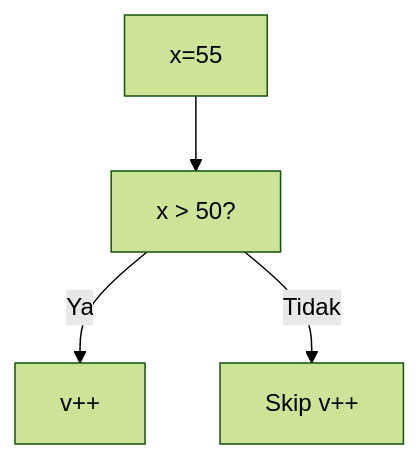
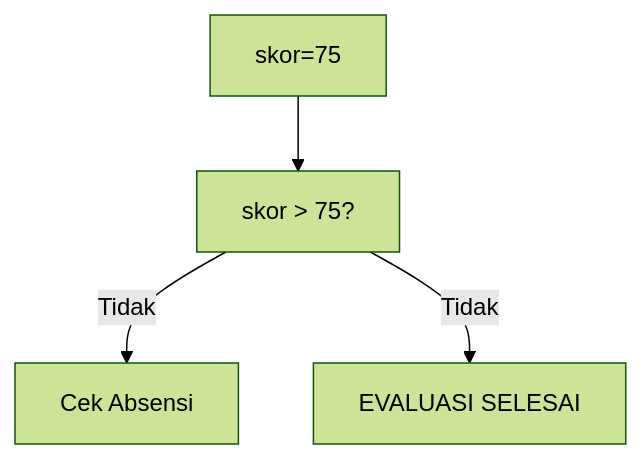
Diagram 15 of 25 in part-c-pemahaman-cpp/02-percabangan/latihan/set-10.md (amnahwaida/OSNK_INF_PREP), drawn with Mermaid (forest theme) before and after one commit. The commit also changed other lines of this file and 71 other files, not shown here.

````diff
--- a/part-c-pemahaman-cpp/02-percabangan/latihan/set-10.md
+++ b/part-c-pemahaman-cpp/02-percabangan/latihan/set-10.md
@@ -418,6 +437,6 @@
 ```mermaid
 graph TD
-A["x=55"] --> B["x > 50?"]
-B -- Ya --> C["v++"]
-B -- Tidak --> D["Skip v++"]
+A["skor=75"] --> B["skor > 75?"]
+B -- Tidak --> C["Cek Absensi"]
+B -- Tidak --> D["EVALUASI SELESAI"]
 ```
````
